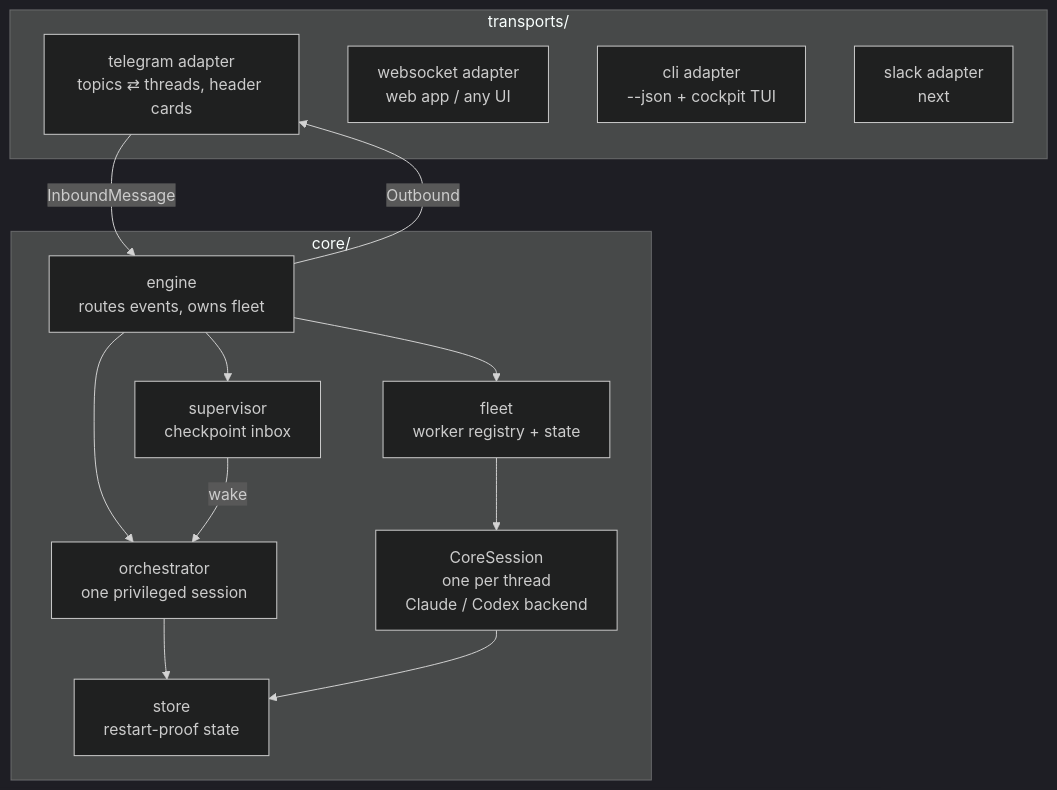
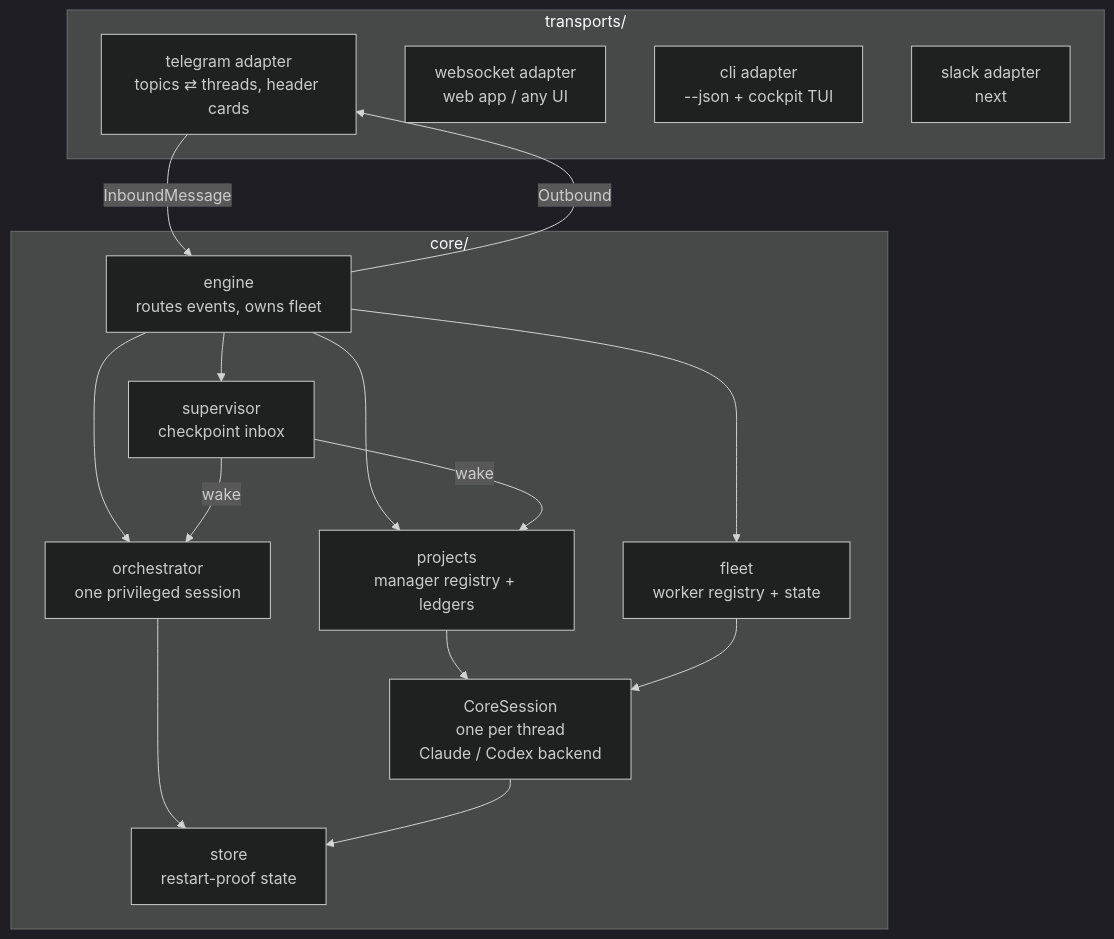
One commit to Dri-water/be-a-boss changed the first of 2 diagrams in docs/architecture.md. Above: the diagram before and after it, drawn with Mermaid (dark theme). The commit also changed other lines of this file and 27 other files, not shown here.

````diff
--- a/docs/architecture.md
+++ b/docs/architecture.md
@@ -27,23 +32,25 @@
 ```mermaid
 flowchart TB
     subgraph transports/
         TG[telegram adapter<br/>topics ⇄ threads, header cards]
         WS[websocket adapter<br/>web app / any UI]
         CLI[cli adapter<br/>--json + cockpit TUI]
         SLACK[slack adapter<br/>next]
     end
     subgraph core/
         ENG[engine<br/>routes events, owns fleet]
         ORC[orchestrator<br/>one privileged session]
+        PROJECTS[projects<br/>manager registry + ledgers]
         FLEET[fleet<br/>worker registry + state]
         CS[CoreSession<br/>one per thread<br/>Claude / Codex backend]
         SUP[supervisor<br/>checkpoint inbox]
         ST[store<br/>restart-proof state]
     end
     TG -- InboundMessage --> ENG
     ENG -- Outbound --> TG
-    ENG --> ORC & FLEET & SUP
+    ENG --> ORC & PROJECTS & FLEET & SUP
+    PROJECTS --> CS
     FLEET --> CS
-    SUP -- wake --> ORC
+    SUP -- wake --> PROJECTS & ORC
     ORC & CS --> ST
 ```
````
